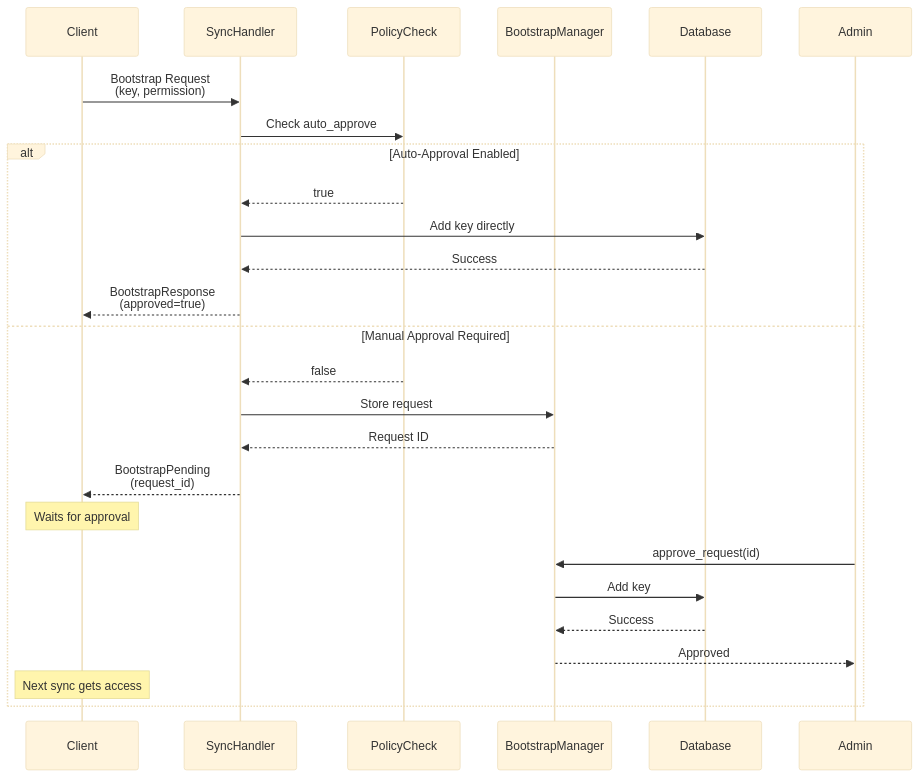
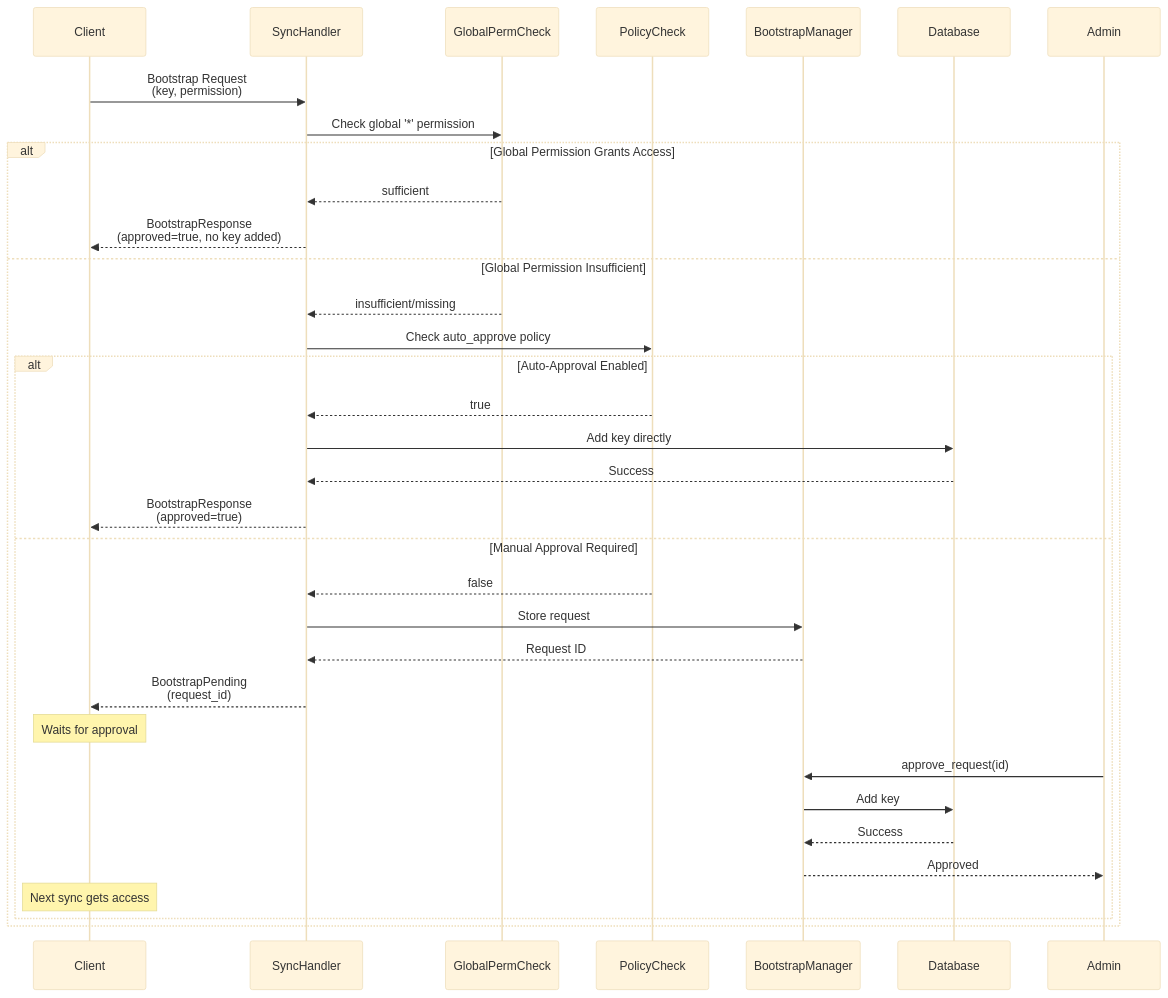
One commit to arcuru/eidetica changed the diagram in docs/src/internal/core_components/bootstrap.md. Above: the diagram before and after it, drawn with Mermaid (base theme). The commit also changed other lines of this file and 9 other files, not shown here.

Commit message:
feat(auth): add global permission checking for bootstrap approval

````diff
--- a/docs/src/internal/core_components/bootstrap.md
+++ b/docs/src/internal/core_components/bootstrap.md
@@ -51,33 +51,42 @@
 ```mermaid
 sequenceDiagram
     participant Client
     participant SyncHandler
+    participant GlobalPermCheck
     participant PolicyCheck
     participant BootstrapManager
     participant Database
     participant Admin
 
     Client->>SyncHandler: Bootstrap Request<br/>(key, permission)
-    SyncHandler->>PolicyCheck: Check auto_approve
+    SyncHandler->>GlobalPermCheck: Check global '*' permission
 
-    alt Auto-Approval Enabled
-        PolicyCheck-->>SyncHandler: true
-        SyncHandler->>Database: Add key directly
-        Database-->>SyncHandler: Success
-        SyncHandler-->>Client: BootstrapResponse<br/>(approved=true)
-    else Manual Approval Required
-        PolicyCheck-->>SyncHandler: false
-        SyncHandler->>BootstrapManager: Store request
-        BootstrapManager-->>SyncHandler: Request ID
-        SyncHandler-->>Client: BootstrapPending<br/>(request_id)
+    alt Global Permission Grants Access
+        GlobalPermCheck-->>SyncHandler: sufficient
+        SyncHandler-->>Client: BootstrapResponse<br/>(approved=true, no key added)
+    else Global Permission Insufficient
+        GlobalPermCheck-->>SyncHandler: insufficient/missing
+        SyncHandler->>PolicyCheck: Check auto_approve policy
 
-        Note over Client: Waits for approval
+        alt Auto-Approval Enabled
+            PolicyCheck-->>SyncHandler: true
+            SyncHandler->>Database: Add key directly
+            Database-->>SyncHandler: Success
+            SyncHandler-->>Client: BootstrapResponse<br/>(approved=true)
+        else Manual Approval Required
+            PolicyCheck-->>SyncHandler: false
+            SyncHandler->>BootstrapManager: Store request
+            BootstrapManager-->>SyncHandler: Request ID
+            SyncHandler-->>Client: BootstrapPending<br/>(request_id)
 
-        Admin->>BootstrapManager: approve_request(id)
-        BootstrapManager->>Database: Add key
-        Database-->>BootstrapManager: Success
-        BootstrapManager-->>Admin: Approved
+            Note over Client: Waits for approval
 
-        Note over Client: Next sync gets access
+            Admin->>BootstrapManager: approve_request(id)
+            BootstrapManager->>Database: Add key
+            Database-->>BootstrapManager: Success
+            BootstrapManager-->>Admin: Approved
+
+            Note over Client: Next sync gets access
+        end
     end
 ```
````
